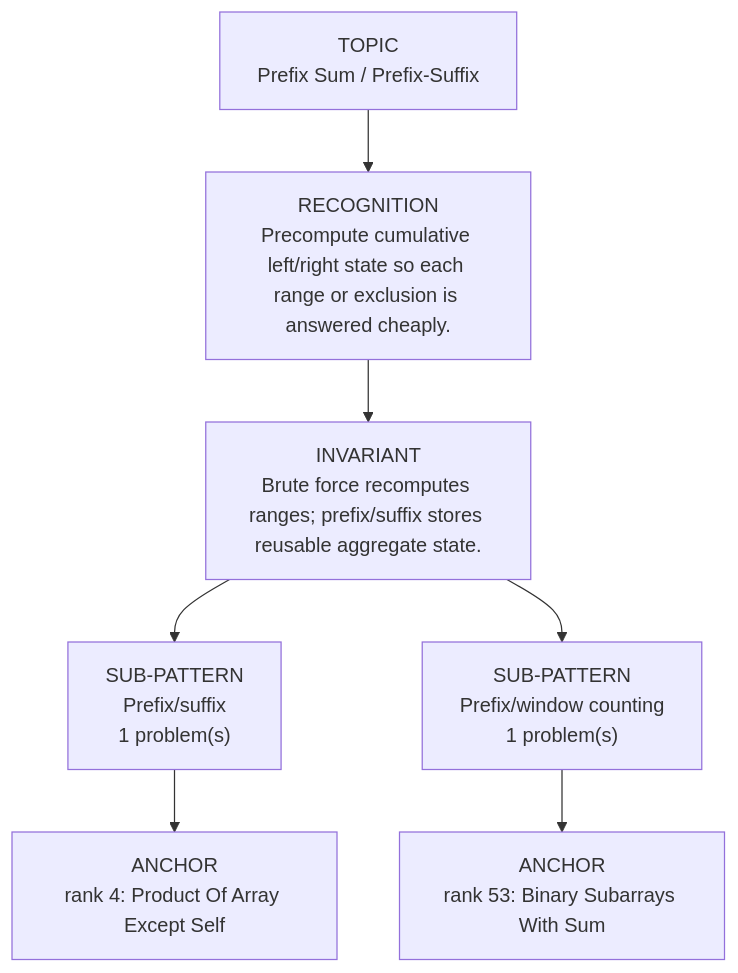
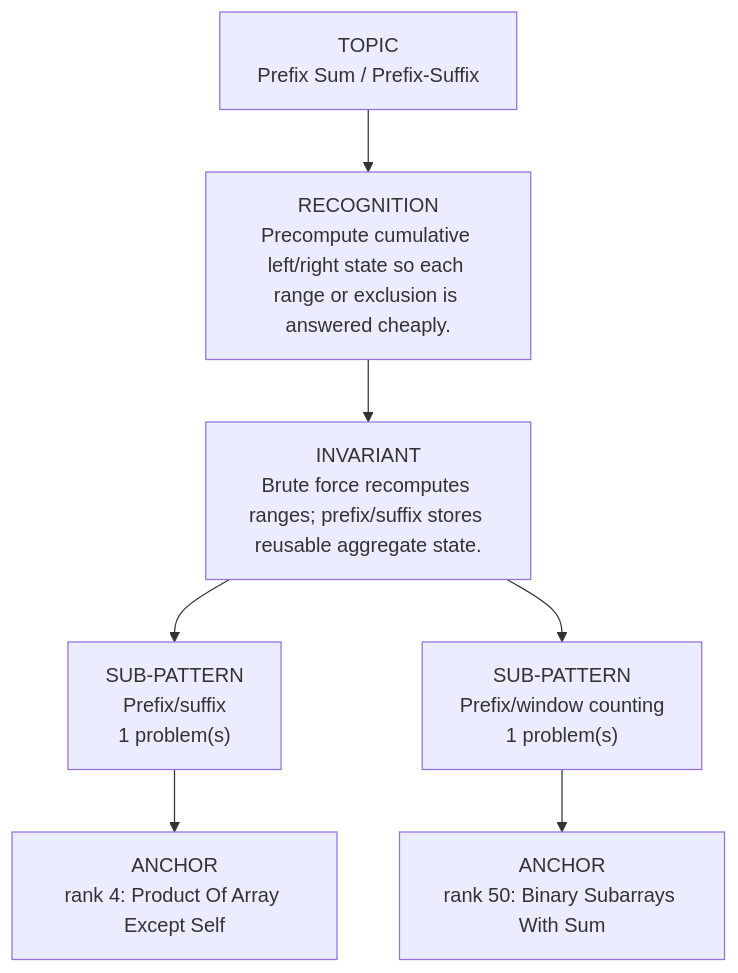
One commit to thechiranjeevjain/DSA10days changed the diagram in dsa-review/interview/patterns/04_prefix_suffix.md. Above: the diagram before and after it, drawn with Mermaid. The commit also changed other lines of this file and 61 other files, not shown here.

````diff
--- a/dsa-review/interview/patterns/04_prefix_suffix.md
+++ b/dsa-review/interview/patterns/04_prefix_suffix.md
@@ -15,11 +15,11 @@
 ```mermaid
 flowchart TD
   Topic["TOPIC<br/>Prefix Sum / Prefix-Suffix"]
   Recognition["RECOGNITION<br/>Precompute cumulative left/right state so each range or exclusion is answered cheaply."]
   Invariant["INVARIANT<br/>Brute force recomputes ranges; prefix/suffix stores reusable aggregate state."]
   Topic --> Recognition --> Invariant
   Invariant --> Sub01["SUB-PATTERN<br/>Prefix/suffix<br/>1 problem(s)"]
   Sub01 --> Sub01A01["ANCHOR<br/>rank 4: Product Of Array Except Self"]
   Invariant --> Sub02["SUB-PATTERN<br/>Prefix/window counting<br/>1 problem(s)"]
-  Sub02 --> Sub02A01["ANCHOR<br/>rank 53: Binary Subarrays With Sum"]
+  Sub02 --> Sub02A01["ANCHOR<br/>rank 50: Binary Subarrays With Sum"]
 ```
````
